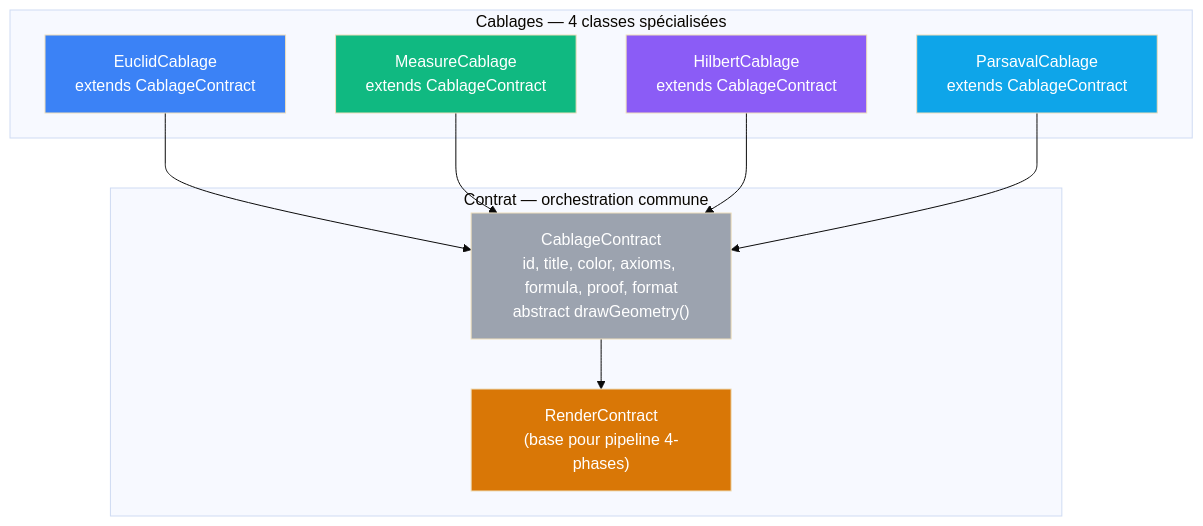
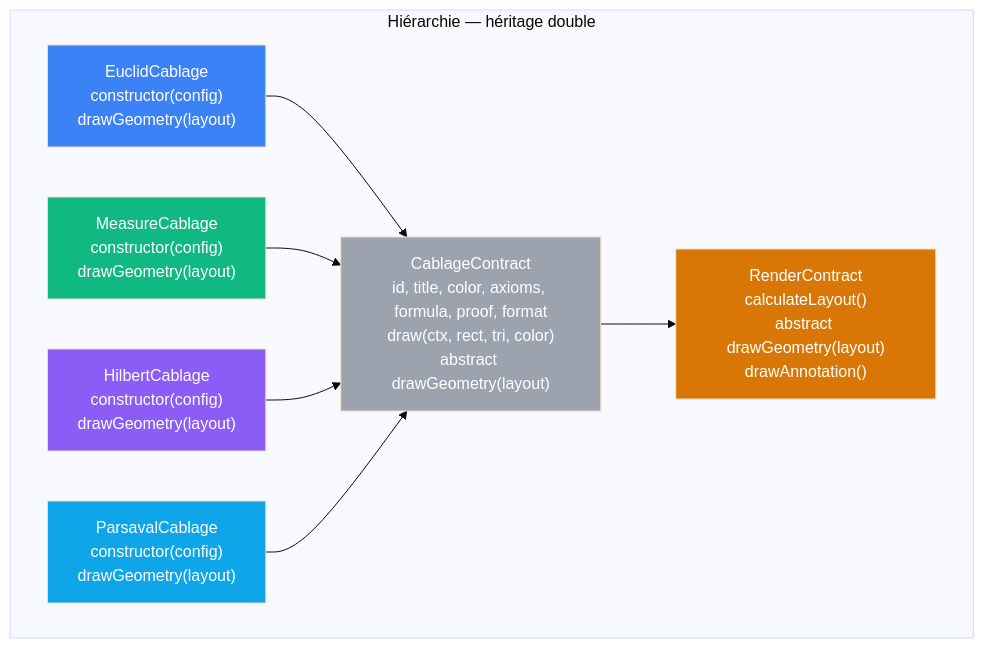
Before and after one commit to yanntyb/maths: the second of 3 diagrams in app/7_cablages/README.md, drawn with Mermaid (base theme). The commit also changed other lines of this file, not shown here.

Commit message:
V7: Ajouter diagrammes circuit complet + hiérarchie des classes

````diff
--- a/app/7_cablages/README.md
+++ b/app/7_cablages/README.md
@@ -13,27 +44,26 @@
 ```mermaid
 graph TD
-    subgraph "Cablages — 4 classes spécialisées"
-        E["EuclidCablage<br/>extends CablageContract"]:::blue
-        M["MeasureCablage<br/>extends CablageContract"]:::green
-        H["HilbertCablage<br/>extends CablageContract"]:::violet
-        P["ParsavalCablage<br/>extends CablageContract"]:::cyan
-    end
+    subgraph "Hiérarchie — héritage double"
+        E["EuclidCablage<br/>constructor(config)<br/>drawGeometry(layout)"]:::blue
+        M["MeasureCablage<br/>constructor(config)<br/>drawGeometry(layout)"]:::green
+        H["HilbertCablage<br/>constructor(config)<br/>drawGeometry(layout)"]:::violet
+        P["ParsavalCablage<br/>constructor(config)<br/>drawGeometry(layout)"]:::cyan
 
-    subgraph "Contrat — orchestration commune"
-        CC["CablageContract<br/>id, title, color, axioms, formula, proof, format<br/>abstract drawGeometry()"]:::grey
-        RC["RenderContract<br/>(base pour pipeline 4-phases)"]:::ochre
+        CC["CablageContract<br/>id, title, color, axioms, formula, proof, format<br/>draw(ctx, rect, tri, color)<br/>abstract drawGeometry(layout)"]:::grey
+
+        RC["RenderContract<br/>calculateLayout()<br/>abstract drawGeometry(layout)<br/>drawAnnotation()"]:::ochre
     end
 
     E --> CC
     M --> CC
     H --> CC
     P --> CC
     CC --> RC
 
     classDef blue fill:#3B82F6,color:#fff
     classDef green fill:#10B981,color:#fff
     classDef violet fill:#8B5CF6,color:#fff
     classDef cyan fill:#0EA5E9,color:#fff
     classDef grey fill:#9CA3AF,color:#fff
     classDef ochre fill:#D97706,color:#fff
 ```
````
